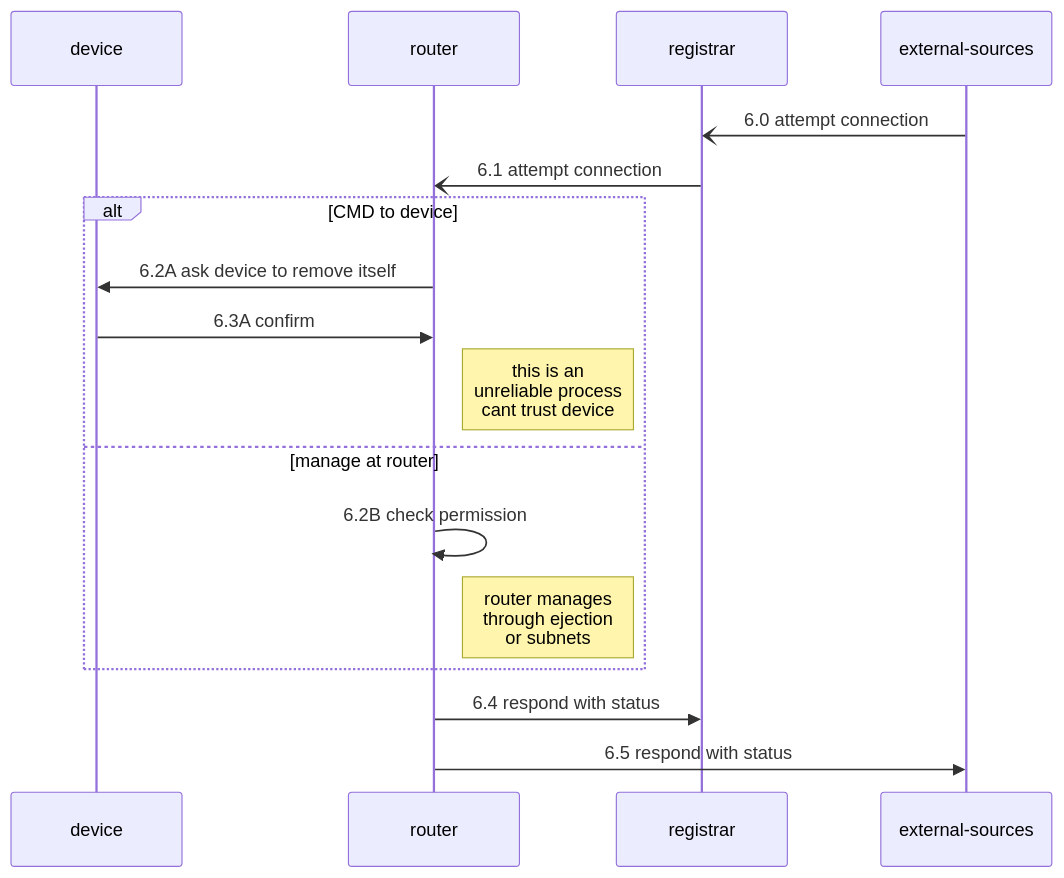
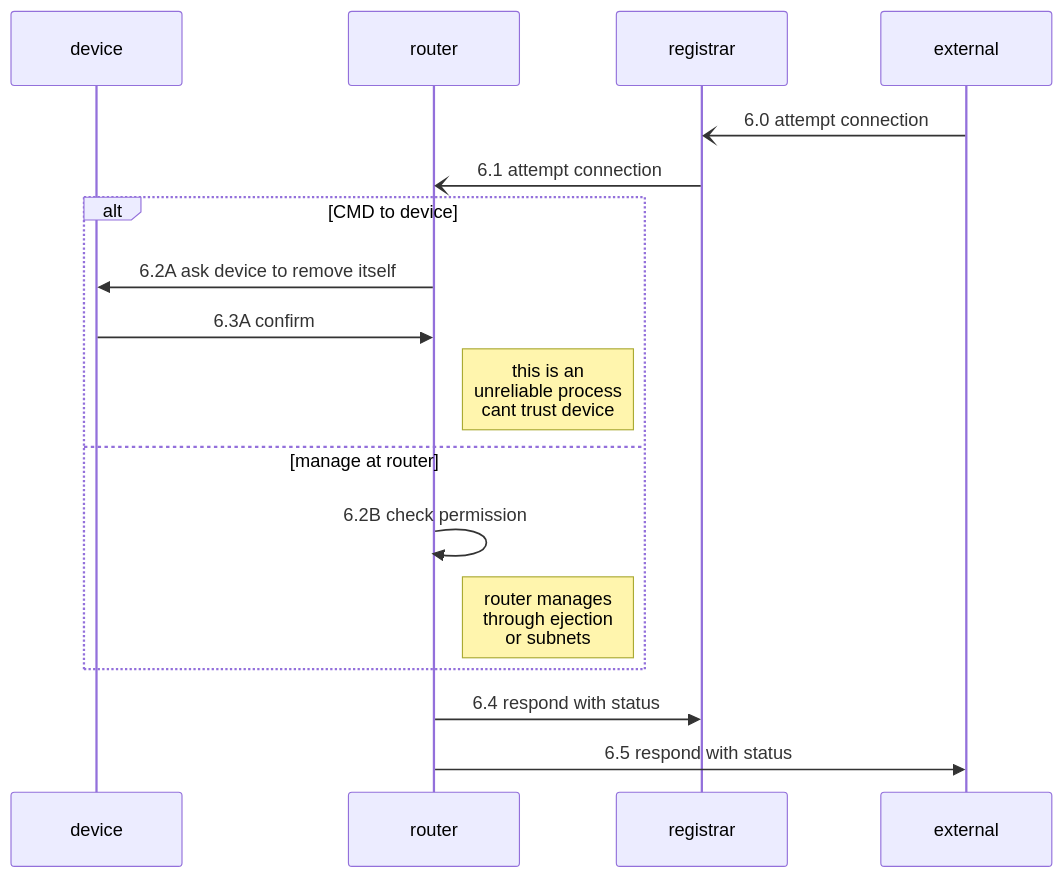
The sixth of 6 diagrams in packages/docusaurus/docs/build5-docs/10-intro.md (nqminds/trustnetz), drawn with Mermaid before and after one commit. The commit also changed other lines of this file, not shown here.

Commit message:
[2024-01-15 08:39:21] Nick Allott: Terminology [2024-01-15 08:39:21] Nick Allott: Terminology

````diff
--- a/packages/docusaurus/docs/build5-docs/10-intro.md
+++ b/packages/docusaurus/docs/build5-docs/10-intro.md
@@ -348,30 +348,30 @@
 ```mermaid
 
     
 sequenceDiagram
     participant device
     participant router
     participant registrar
-    participant external-sources 
+    participant external
  
-    external-sources -)registrar: 6.0 attempt connection
+    external -)registrar: 6.0 attempt connection
     registrar-)router: 6.1 attempt connection
     
     alt CMD to device
 		router->>device: 6.2A ask device to remove itself
 		device->>router: 6.3A confirm
 		note right of router: this is an <br>unreliable process<br>cant trust device
 		
 	else manage at router
 		router->>router: 6.2B check permission
 		note right of router: router manages<br> through ejection<br> or subnets
 	
 	end
      
     
     router->>registrar: 6.4 respond with status
-    router->>external-sources: 6.5 respond with status
+    router->>external : 6.5 respond with status
     
    
 
 ```
````
